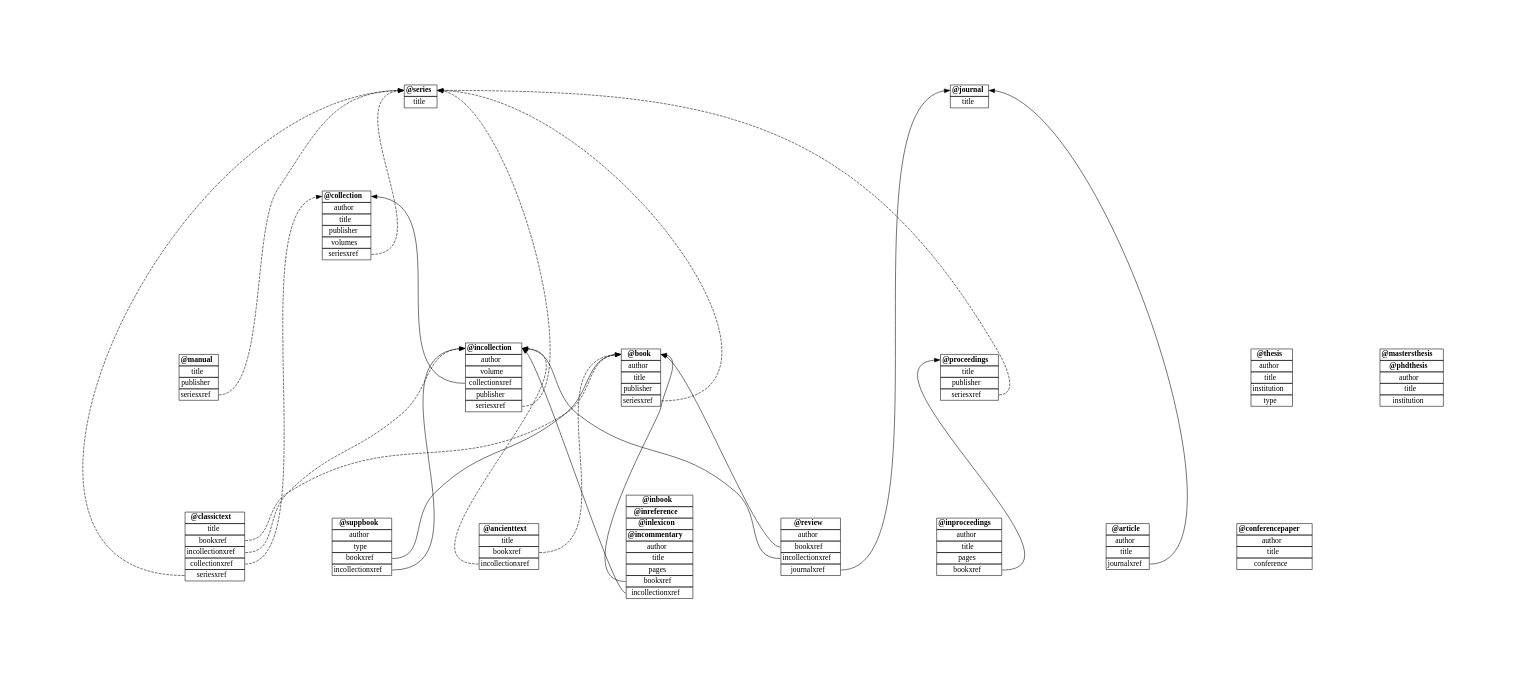
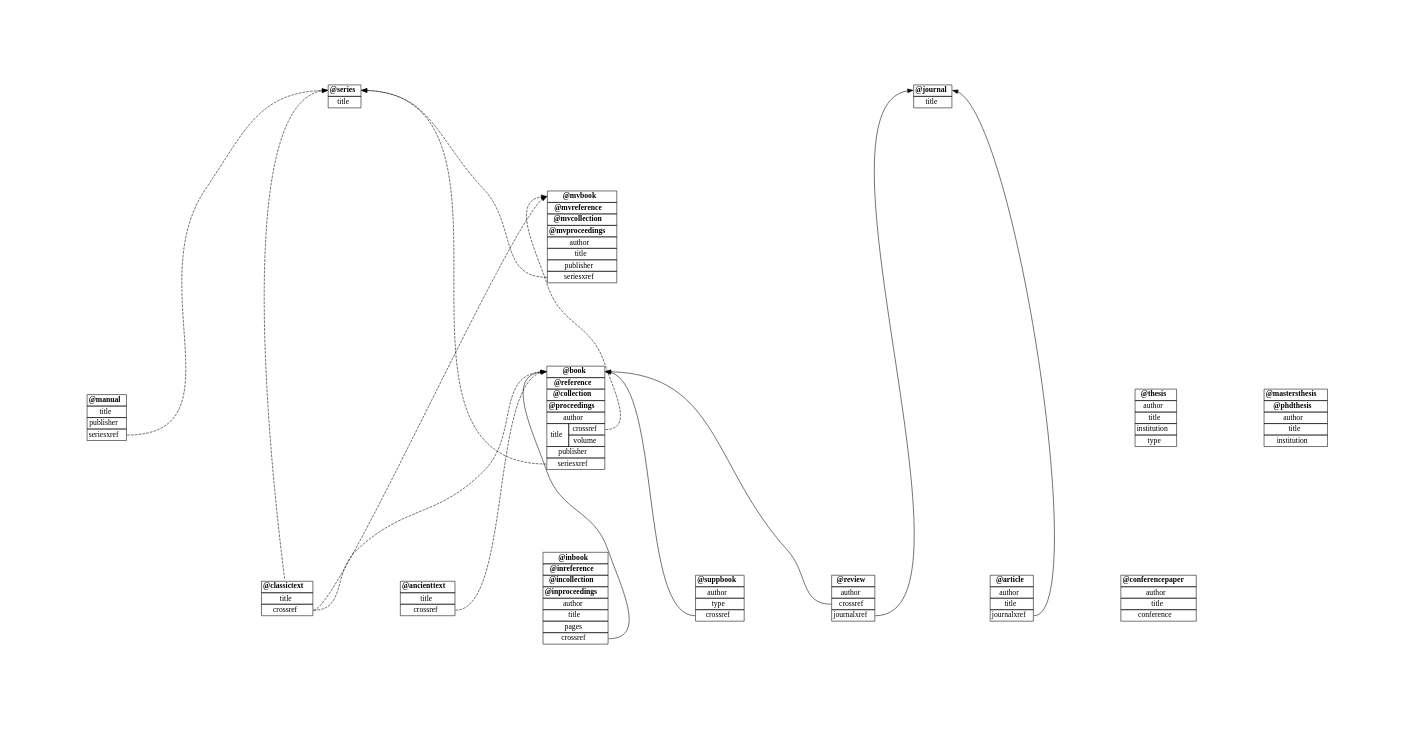
Before and after one commit to jjmccollum/context-sbl: the diagram in img/relational-diagram.dot, drawn with Graphviz. The commit also changed 7 other files, not shown here.

```diff
--- a/img/relational-diagram.dot
+++ b/img/relational-diagram.dot
@@ -1,182 +1,146 @@
 digraph relational_diagram {
 	margin=0;
 	graph [pad="2.0", nodesep="2.0", ranksep="2"];
 	node [shape=plaintext, fontname="Alegreya Sans"];
 	rankdir=BT;
 	series [label = <
 		<table border="0" cellborder="1" cellspacing="0">
 			<tr><td port="series"><b>@series</b></td></tr>
 			<tr><td>title</td></tr>
 		</table>
 	>]
 	journal [label = <
 		<table border="0" cellborder="1" cellspacing="0">
 			<tr><td port="journal"><b>@journal</b></td></tr>
 			<tr><td>title</td></tr>
 		</table>
 	>]
-	collection [label = <
+	mvbook [label = <
 		<table border="0" cellborder="1" cellspacing="0">
-			<tr><td port="collection"><b>@collection</b></td></tr>
+			<tr><td port="mvbook"><b>@mvbook</b></td></tr>
+			<tr><td port="mvreference"><b>@mvreference</b></td></tr>
+			<tr><td port="mvcollection"><b>@mvcollection</b></td></tr>
+			<tr><td port="mvproceedings"><b>@mvproceedings</b></td></tr>
 			<tr><td>author</td></tr>
 			<tr><td>title</td></tr>
 			<tr><td>publisher</td></tr>
-			<tr><td>volumes</td></tr>
-			<tr><td port="collectionseriesxref">seriesxref</td></tr>
+			<tr><td port="mvbookseriesxref">seriesxref</td></tr>
 		</table>
 	>]
 	book [label = <
 		<table border="0" cellborder="1" cellspacing="0">
-			<tr><td port="book"><b>@book</b></td></tr>
-			<tr><td>author</td></tr>
-			<tr><td>title</td></tr>
-			<tr><td>publisher</td></tr>
-			<tr><td port="bookseriesxref">seriesxref</td></tr>
+			<tr><td colspan="2" port="book"><b>@book</b></td></tr>
+			<tr><td colspan="2" port="reference"><b>@reference</b></td></tr>
+			<tr><td colspan="2" port="collection"><b>@collection</b></td></tr>
+			<tr><td colspan="2" port="proceedings"><b>@proceedings</b></td></tr>
+			<tr><td colspan="2">author</td></tr>
+			<tr><td rowspan="2">title</td><td port="bookcrossref">crossref</td></tr>
+			<tr><td>volume</td></tr>
+			<tr><td colspan="2">publisher</td></tr>
+			<tr><td colspan="2" port="bookseriesxref">seriesxref</td></tr>
 		</table>
 	>]
 	manual [label = <
 		<table border="0" cellborder="1" cellspacing="0">
 			<tr><td port="manual"><b>@manual</b></td></tr>
 			<tr><td>title</td></tr>
 			<tr><td>publisher</td></tr>
 			<tr><td port="manualseriesxref">seriesxref</td></tr>
 		</table>
 	>]
-	proceedings [label = <
-		<table border="0" cellborder="1" cellspacing="0">
-			<tr><td port="proceedings"><b>@proceedings</b></td></tr>
-			<tr><td>title</td></tr>
-			<tr><td>publisher</td></tr>
-			<tr><td port="proceedingsseriesxref">seriesxref</td></tr>
-		</table>
-	>]
-	incollection [label = <
-		<table border="0" cellborder="1" cellspacing="0">
-			<tr><td port="incollection"><b>@incollection</b></td></tr>
-			<tr><td>author</td></tr>
-			<tr><td>volume</td></tr>
-			<tr><td port="incollectioncollectionxref">collectionxref</td></tr>
-			<tr><td>publisher</td></tr>
-			<tr><td port="incollectionseriesxref">seriesxref</td></tr>
-		</table>
-	>]
 	inbook [label = <
 		<table border="0" cellborder="1" cellspacing="0">
 			<tr><td port="inbook"><b>@inbook</b></td></tr>
-			<tr><td><b>@inreference</b></td></tr>
-			<tr><td><b>@inlexicon</b></td></tr>
-			<tr><td><b>@incommentary</b></td></tr>
+			<tr><td port="inreference"><b>@inreference</b></td></tr>
+			<tr><td port="incollection"><b>@incollection</b></td></tr>
+			<tr><td port="inproceedings"><b>@inproceedings</b></td></tr>
 			<tr><td>author</td></tr>
 			<tr><td>title</td></tr>
 			<tr><td>pages</td></tr>
-			<tr><td port="inbookbookxref">bookxref</td></tr>
-			<tr><td port="inbookincollectionxref">incollectionxref</td></tr>
+			<tr><td port="inbookcrossref">crossref</td></tr>
 		</table>
 	>]
 	suppbook [label = <
 		<table border="0" cellborder="1" cellspacing="0">
 			<tr><td port="suppbook"><b>@suppbook</b></td></tr>
 			<tr><td>author</td></tr>
 			<tr><td>type</td></tr>
-			<tr><td port="suppbookbookxref">bookxref</td></tr>
-			<tr><td port="suppbookincollectionxref">incollectionxref</td></tr>
-		</table>
-	>]
-	inproceedings [label = <
-		<table border="0" cellborder="1" cellspacing="0">
-			<tr><td port="inproceedings"><b>@inproceedings</b></td></tr>
-			<tr><td>author</td></tr>
-			<tr><td>title</td></tr>
-			<tr><td>pages</td></tr>
-			<tr><td port="inproceedingsbookxref">bookxref</td></tr>
+			<tr><td port="suppbookcrossref">crossref</td></tr>
 		</table>
 	>]
 	ancienttext [label = <
 		<table border="0" cellborder="1" cellspacing="0">
 			<tr><td port="ancienttext"><b>@ancienttext</b></td></tr>
 			<tr><td>title</td></tr>
-			<tr><td port="ancienttextbookxref">bookxref</td></tr>
-			<tr><td port="ancienttextincollectionxref">incollectionxref</td></tr>
+			<tr><td port="ancienttextcrossref">crossref</td></tr>
 		</table>
 	>]
 	classictext [label = <
 		<table border="0" cellborder="1" cellspacing="0">
 			<tr><td port="classictext"><b>@classictext</b></td></tr>
 			<tr><td>title</td></tr>
-			<tr><td port="classictextbookxref">bookxref</td></tr>
-			<tr><td port="classictextincollectionxref">incollectionxref</td></tr>
-			<tr><td port="classictextcollectionxref">collectionxref</td></tr>
-			<tr><td port="classictextseriesxref">seriesxref</td></tr>
+			<tr><td port="classictextcrossref">crossref</td></tr>
 		</table>
 	>]
 	article [label = <
 		<table border="0" cellborder="1" cellspacing="0">
 			<tr><td port="article"><b>@article</b></td></tr>
 			<tr><td>author</td></tr>
 			<tr><td>title</td></tr>
 			<tr><td port="articlejournalxref">journalxref</td></tr>
 		</table>
 	>]
 	review [label = <
 		<table border="0" cellborder="1" cellspacing="0">
 			<tr><td port="review"><b>@review</b></td></tr>
 			<tr><td>author</td></tr>
-			<tr><td port="reviewbookxref">bookxref</td></tr>
-			<tr><td port="reviewincollectionxref">incollectionxref</td></tr>
+			<tr><td port="reviewcrossref">crossref</td></tr>
 			<tr><td port="reviewjournalxref">journalxref</td></tr>
 		</table>
 	>]
 	conferencepaper [label = <
 		<table border="0" cellborder="1" cellspacing="0">
 			<tr><td port="conferencepaper"><b>@conferencepaper</b></td></tr>
 			<tr><td>author</td></tr>
 			<tr><td>title</td></tr>
 			<tr><td>conference</td></tr>
 		</table>
 	>]
 	thesis [label = <
 		<table border="0" cellborder="1" cellspacing="0">
 			<tr><td port="thesis"><b>@thesis</b></td></tr>
 			<tr><td>author</td></tr>
 			<tr><td>title</td></tr>
 			<tr><td>institution</td></tr>
 			<tr><td>type</td></tr>
 		</table>
 	>]
 	mastersthesis [label = <
 		<table border="0" cellborder="1" cellspacing="0">
 			<tr><td port="mastersthesis"><b>@mastersthesis</b></td></tr>
 			<tr><td port="phdthesis"><b>@phdthesis</b></td></tr>
 			<tr><td>author</td></tr>
 			<tr><td>title</td></tr>
 			<tr><td>institution</td></tr>
 		</table>
 	>]
 
 	{rank=same; series, journal}
-	{rank=same; collection}
-	{rank=same; book, manual, proceedings, incollection, thesis, mastersthesis}
-	{rank=same; inbook, suppbook, inproceedings, ancienttext, classictext, article, review, conferencepaper}
+	{rank=same; mvbook}
+	{rank=same; book, manual, thesis, mastersthesis}
+	{rank=same; inbook, suppbook, ancienttext, classictext, article, review, conferencepaper}
 	
-	collection:collectionseriesxref -> series:series[style=dashed];
+	mvbook:mvbookseriesxref -> series:series[style=dashed];
 	book:bookseriesxref -> series:series[style=dashed];
+	book:bookcrossref -> mvbook:mvbook[style=dashed];
 	manual:manualseriesxref -> series:series[style=dashed];
-	proceedings:proceedingsseriesxref -> series:series[style=dashed];
-	incollection:incollectionseriesxref -> series:series[style=dashed];
+	inbook:inbookcrossref -> book:book[style=solid];
+	suppbook:suppbookcrossref -> book:book[style=solid];
+	ancienttext:ancienttextcrossref -> book:book[style=dashed];
 	classictext:classictextseriesxref -> series:series[style=dashed];
-	incollection:incollectioncollectionxref -> collection:collection[style=solid];
-	classictext:classictextcollectionxref -> collection:collection[style=dashed];
-	inbook:inbookincollectionxref -> incollection:incollection[style=solid];
-	suppbook:suppbookincollectionxref -> incollection:incollection[style=solid];
-	ancienttext:ancienttextincollectionxref -> incollection:incollection[style=dashed];
-	classictext:classictextincollectionxref -> incollection:incollection[style=dashed];
-	review:reviewincollectionxref -> incollection:incollection[style=solid];
-	inbook:inbookbookxref -> book:book[style=solid];
-	suppbook:suppbookbookxref -> book:book[style=solid];
-	ancienttext:ancienttextbookxref -> book:book[style=dashed];
-	classictext:classictextbookxref -> book:book[style=dashed];
-	review:reviewbookxref -> book:book[style=solid];
-	inproceedings:inproceedingsbookxref -> proceedings:proceedings[style=solid];
+	classictext:classictextcrossref -> mvbook:mvbook[style=dashed];
+	classictext:classictextcrossref -> book:book[style=dashed];
 	article:articlejournalxref -> journal:journal[style=solid];
+	review:reviewcrossref -> book:book[style=solid];
 	review:reviewjournalxref -> journal:journal[style=solid];
 }
```
